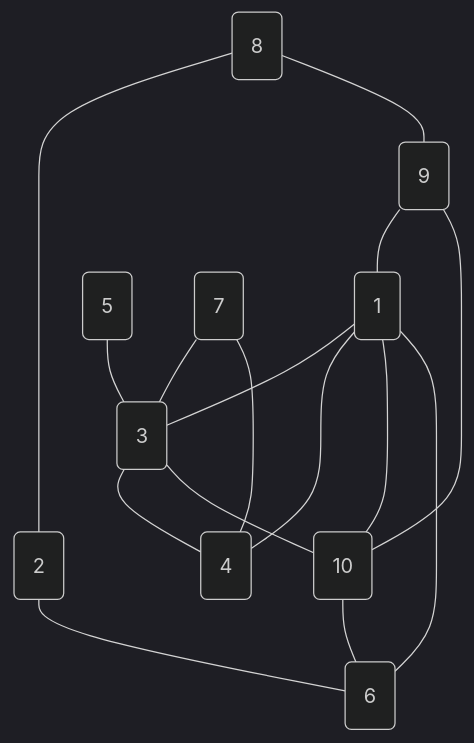
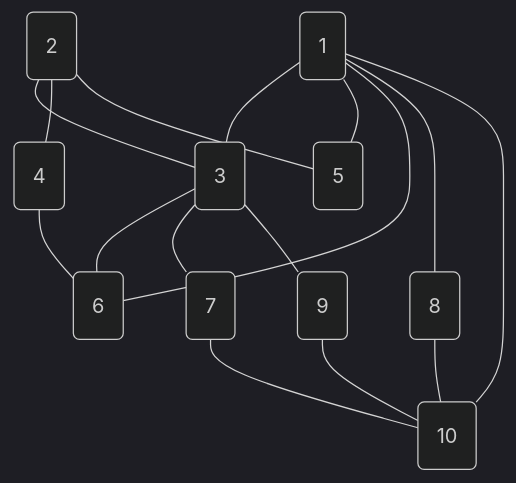
The diagram in HW02_DSA(2)/graph.md (Austin1153/DSA), drawn with Mermaid (dark theme) before and after one commit. The commit also changed other lines of this file and 19 other files, not shown here.

````diff
--- a/HW02_DSA(2)/graph.md
+++ b/HW02_DSA(2)/graph.md
@@ -2,28 +2,28 @@
 ```mermaid
  graph TD
 	A1(1)
 	A2(2)
 	A3(3)
 	A4(4)
 	A5(5)
 	A6(6)
 	A7(7)
 	A8(8)
 	A9(9)
 	A10(10)
 	A1 --- A3
-	A4 --- A1
-	A6 --- A1
-	A9 --- A1
-	A10 --- A1
-	A2 --- A6
-	A8 --- A2
-	A3 --- A4
-	A5 --- A3
-	A7 --- A3
-	A3 --- A10
-	A7 --- A4
-	A10 --- A6
-	A8 --- A9
+	A1 --- A5
+	A1 --- A6
+	A1 --- A8
+	A1 --- A10
+	A2 --- A3
+	A2 --- A4
+	A2 --- A5
+	A3 --- A6
+	A3 --- A7
+	A3 --- A9
+	A4 --- A6
+	A7 --- A10
+	A8 --- A10
 	A9 --- A10
 ```
````
